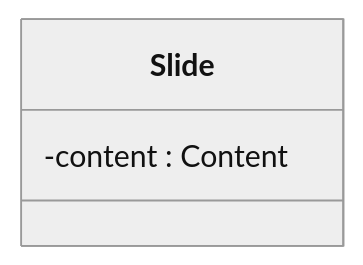
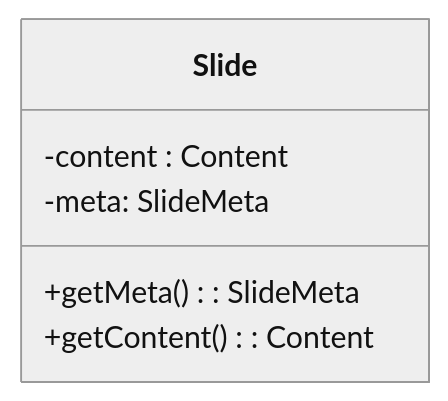
Before and after one commit to Borrelhapje/design-for-change: the second of 4 diagrams in domaindesign.md, drawn with Mermaid (neutral theme). The commit also changed other lines of this file, not shown here.

````diff
--- a/domaindesign.md
+++ b/domaindesign.md
@@ -76,6 +72,9 @@
 ```mermaid
 classDiagram
 class Slide{
 	-content : Content
+        -meta: SlideMeta
+        +getMeta(): SlideMeta
+        +getContent(): Content
 }
 ```
````
